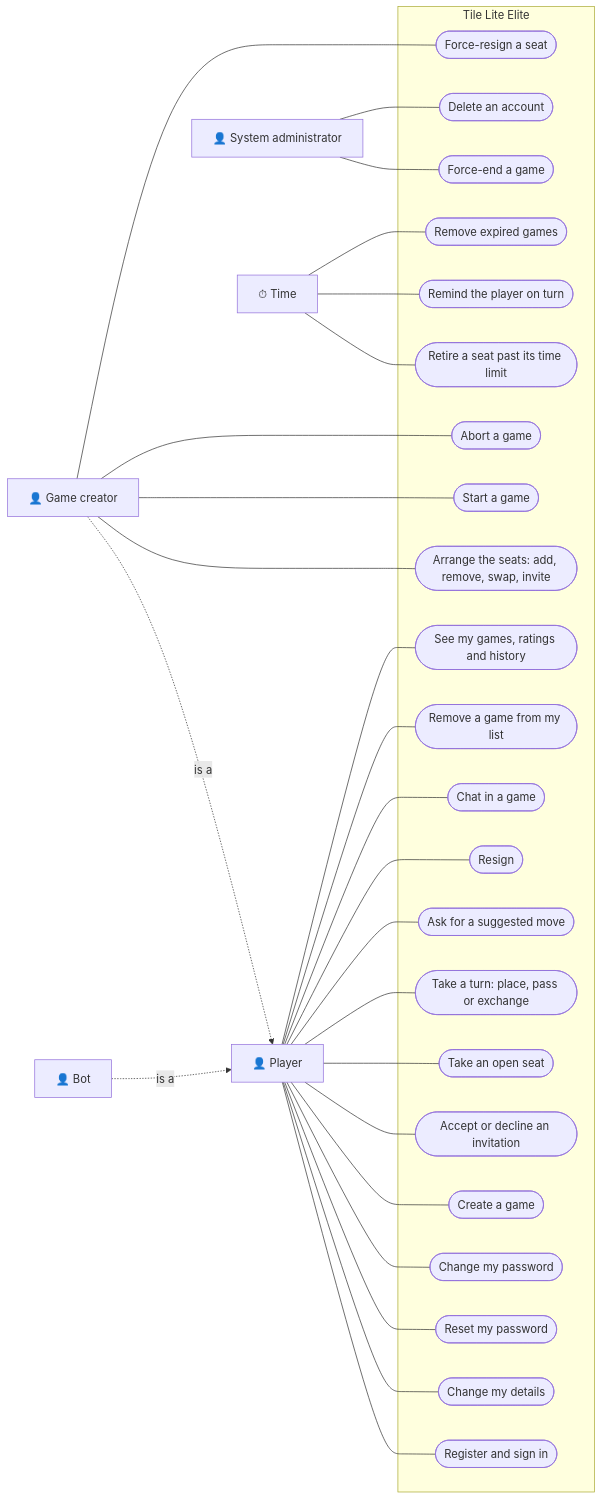
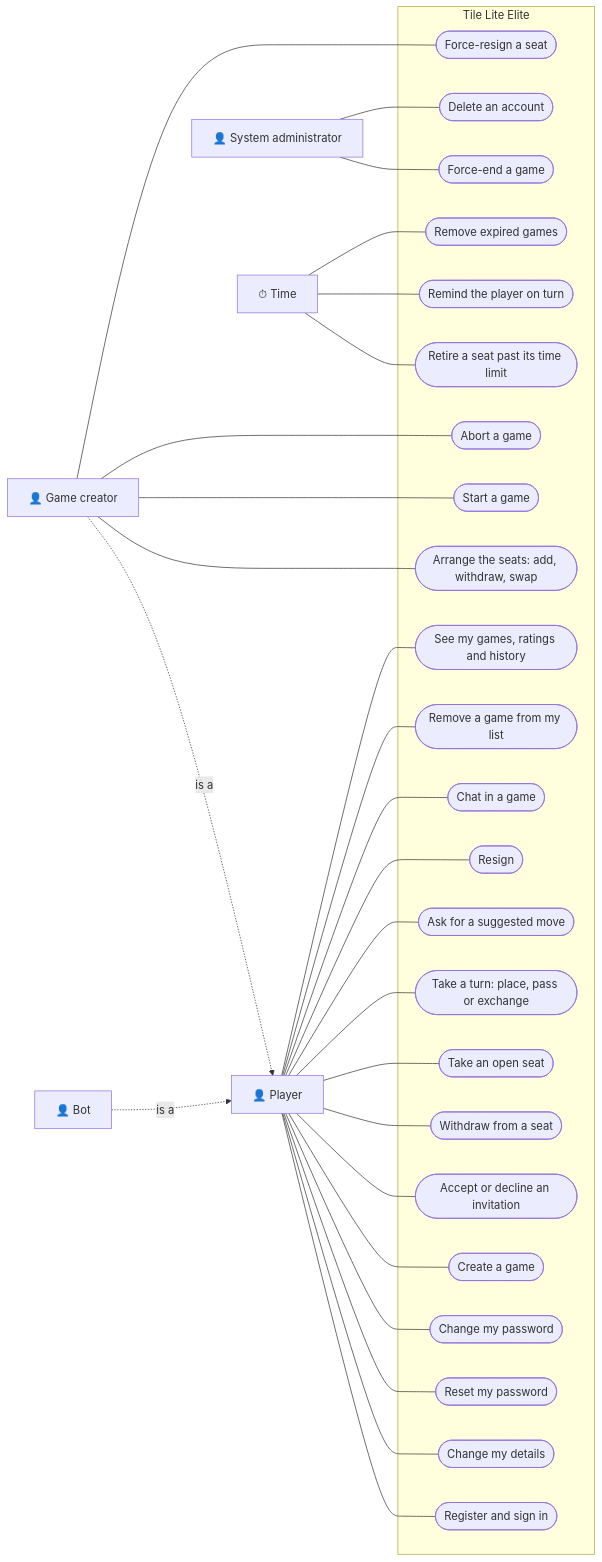
Before and after one commit to delphside/programme: the first of 22 diagrams in docs/changes/workstreams/application-game-architecture/71-one-game-model/71-functional.md, drawn with Mermaid. The commit also changed other lines of this file and 2 other files, not shown here.

First line of the commit message:
app 0.9.2 api 2.16: GAME-8, GAME-9: creator is not a seat, a withdrawn seat is spent and never resent

````diff
--- a/docs/changes/workstreams/application-game-architecture/71-one-game-model/71-functional.md
+++ b/docs/changes/workstreams/application-game-architecture/71-one-game-model/71-functional.md
@@ -23,59 +23,61 @@
 ```mermaid
 flowchart LR
   player["👤 Player"]
   creator["👤 Game creator"]
   bot["👤 Bot"]
   admin["👤 System administrator"]
   time["⏱ Time"]
 
   creator -. "is a" .-> player
   bot -. "is a" .-> player
 
   subgraph service["Tile Lite Elite"]
     register(["Register and sign in"])
     details(["Change my details"])
     reset(["Reset my password"])
     password(["Change my password"])
     create(["Create a game"])
-    roster(["Arrange the seats: add, remove, swap, invite"])
+    roster(["Arrange the seats: add, withdraw, swap"])
+    withdraw(["Withdraw from a seat"])
     start(["Start a game"])
     abort(["Abort a game"])
     forceresign(["Force-resign a seat"])
     answer(["Accept or decline an invitation"])
     open(["Take an open seat"])
     turn(["Take a turn: place, pass or exchange"])
     suggest(["Ask for a suggested move"])
     resign(["Resign"])
     chat(["Chat in a game"])
     hide(["Remove a game from my list"])
     history(["See my games, ratings and history"])
     forceend(["Force-end a game"])
     delete(["Delete an account"])
     retire(["Retire a seat past its time limit"])
     remind(["Remind the player on turn"])
     expire(["Remove expired games"])
   end
 
   player --- register
   player --- details
   player --- reset
   player --- password
   player --- create
   player --- answer
+  player --- withdraw
   player --- open
   player --- turn
   player --- suggest
   player --- resign
   player --- chat
   player --- hide
   player --- history
   creator --- roster
   creator --- start
   creator --- abort
   creator --- forceresign
   admin --- forceend
   admin --- delete
   time --- retire
   time --- remind
   time --- expire
 ```
````
